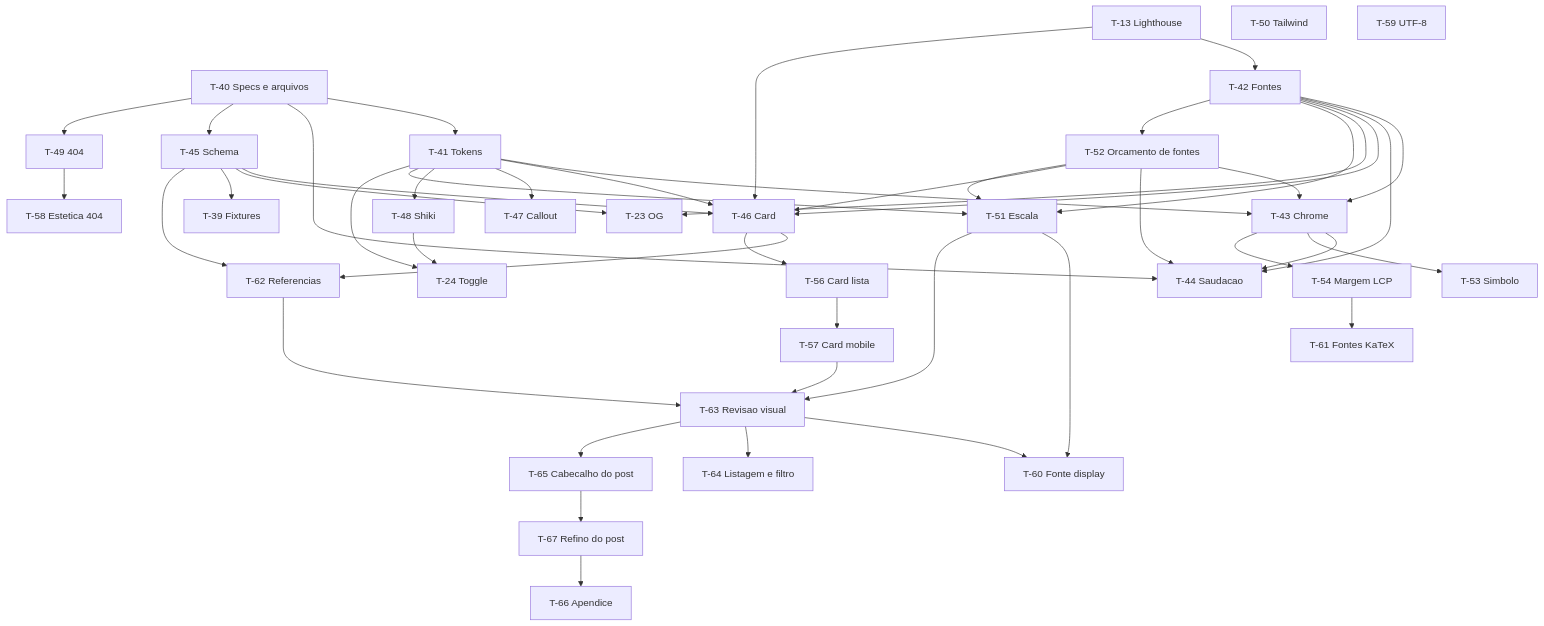
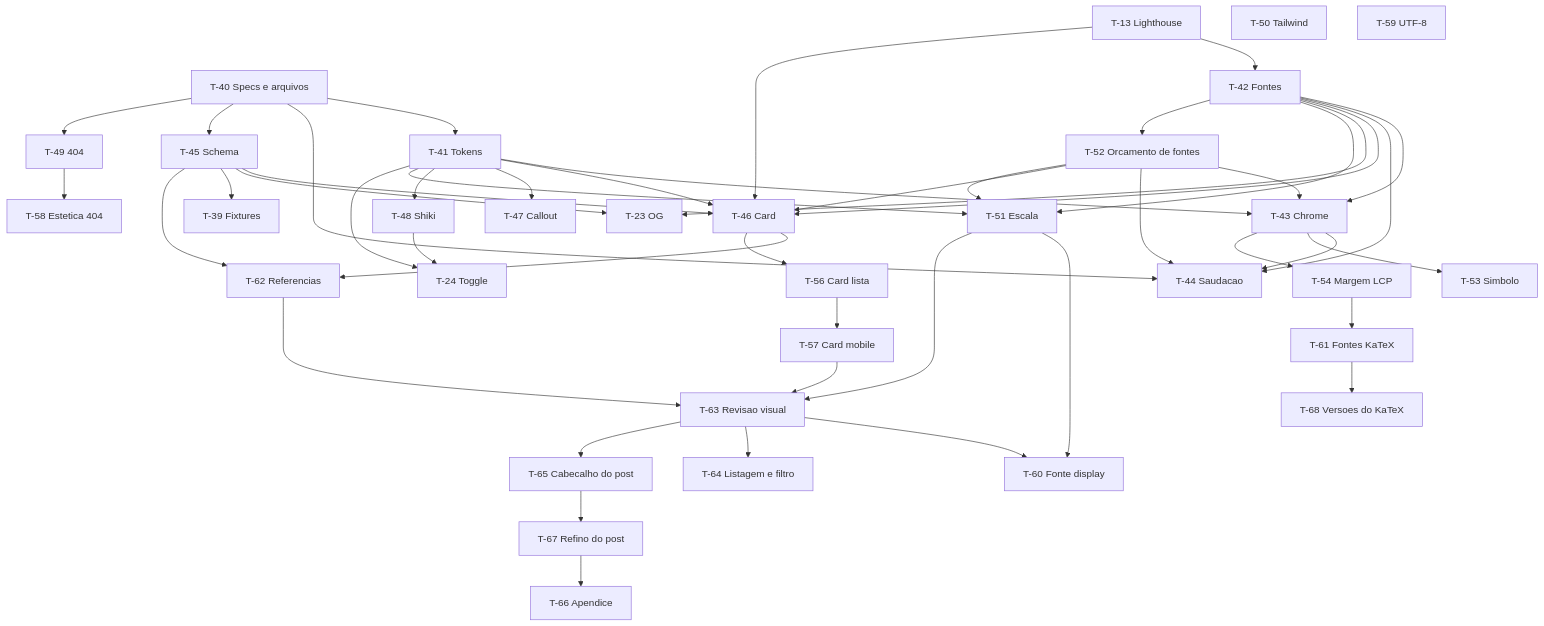
One commit to Pedroknoll/blog_pedro-knoll changed the second of 2 diagrams in specs/ROADMAP.md. Above: the diagram before and after it, drawn with Mermaid. The commit also changed other lines of this file, not shown here.

Commit message:
docs: registra a T-68, versões do KaTeX alinhadas [RF-07] (#47)

````diff
--- a/specs/ROADMAP.md
+++ b/specs/ROADMAP.md
@@ -86,78 +86,80 @@
 ```mermaid
 flowchart TD
   T40[T-40 Specs e arquivos]
   T41[T-41 Tokens]
   T13[T-13 Lighthouse]
   T42[T-42 Fontes]
   T51[T-51 Escala]
   T52[T-52 Orcamento de fontes]
   T43[T-43 Chrome]
   T44[T-44 Saudacao]
   T45[T-45 Schema]
   T46[T-46 Card]
   T47[T-47 Callout]
   T48[T-48 Shiki]
   T49[T-49 404]
   T50[T-50 Tailwind]
   T23[T-23 OG]
   T24[T-24 Toggle]
   T39[T-39 Fixtures]
   T53[T-53 Simbolo]
   T54[T-54 Margem LCP]
   T62[T-62 Referencias]
   T56[T-56 Card lista]
   T57[T-57 Card mobile]
   T58[T-58 Estetica 404]
   T59[T-59 UTF-8]
   T60[T-60 Fonte display]
   T61[T-61 Fontes KaTeX]
   T63[T-63 Revisao visual]
   T64[T-64 Listagem e filtro]
   T65[T-65 Cabecalho do post]
   T66[T-66 Apendice]
   T67[T-67 Refino do post]
+  T68[T-68 Versoes do KaTeX]
   T40 --> T41
   T40 --> T44
   T40 --> T45
   T40 --> T49
   T13 --> T42
   T41 --> T43
   T42 --> T43
   T43 --> T44
   T42 --> T44
   T13 --> T46
   T41 --> T46
   T42 --> T46
   T45 --> T46
   T41 --> T47
   T41 --> T48
   T45 --> T23
   T42 --> T23
   T42 --> T51
   T41 --> T51
   T42 --> T52
   T52 --> T43
   T52 --> T44
   T52 --> T46
   T52 --> T51
   T45 --> T39
   T41 --> T24
   T48 --> T24
   T43 --> T53
   T43 --> T54
   T45 --> T62
   T46 --> T62
   T46 --> T56
   T56 --> T57
   T49 --> T58
   T51 --> T60
   T54 --> T61
   T51 --> T63
   T57 --> T63
   T62 --> T63
   T63 --> T60
   T63 --> T64
   T63 --> T65
   T65 --> T67
   T67 --> T66
+  T61 --> T68
 ```
````
